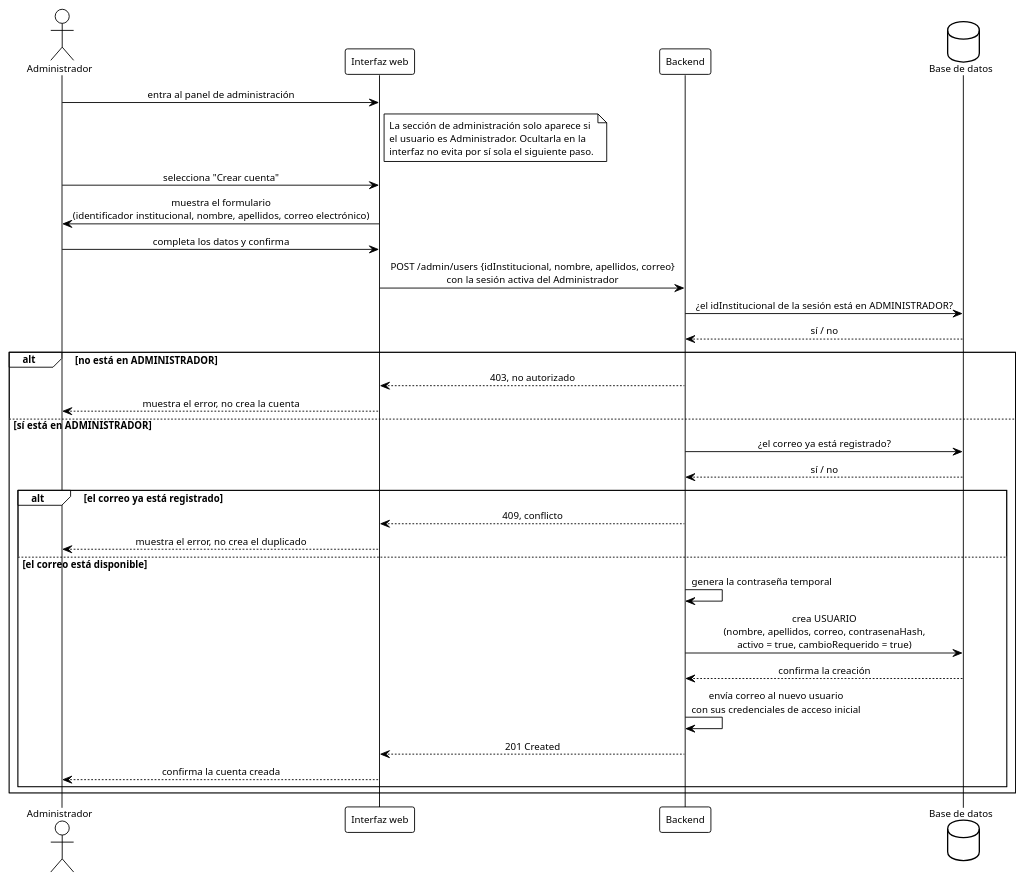
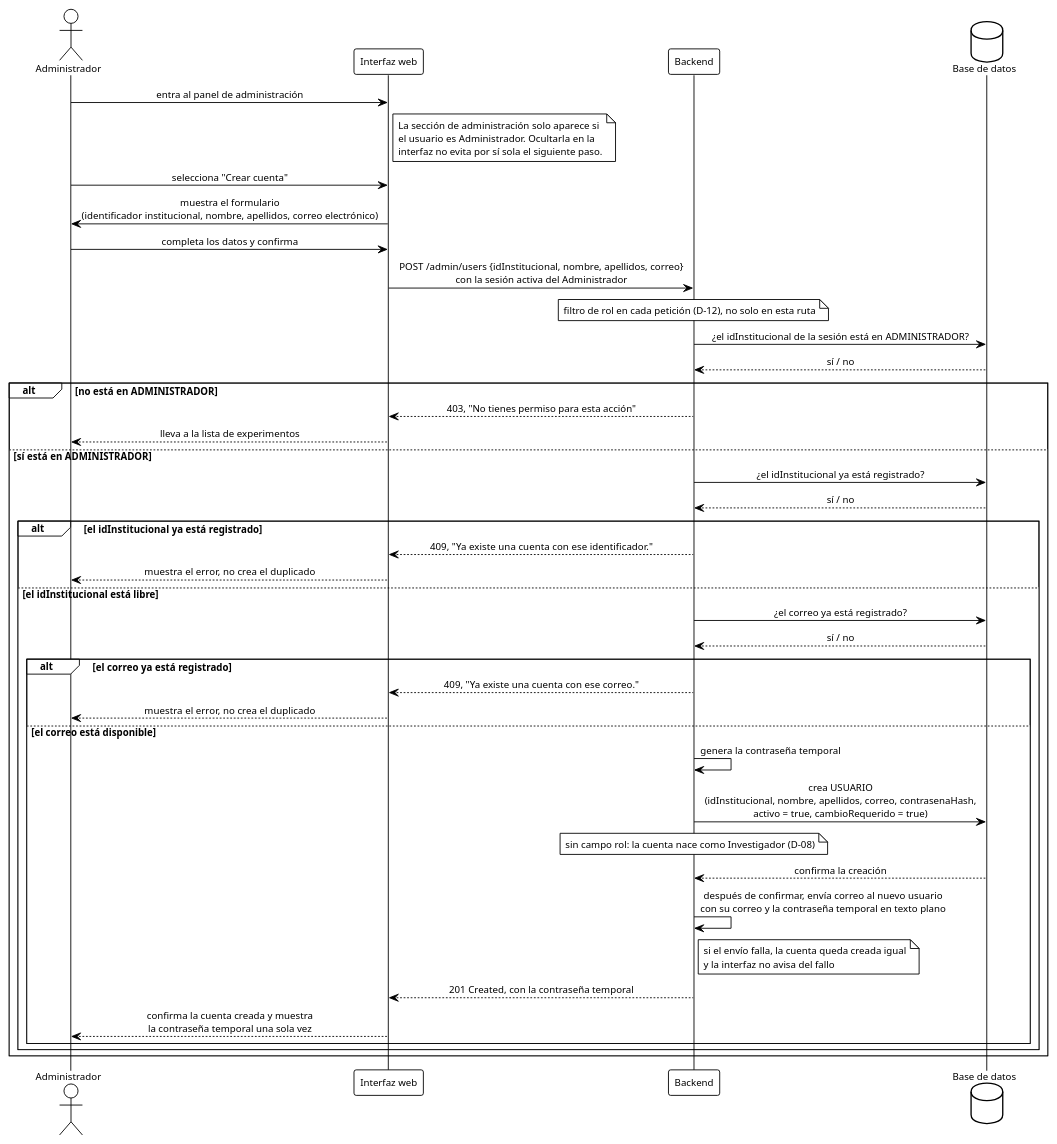
Diagram 26 of 39 in INSTRUCCIONES-WEB.md (ErickJester/fst-ai-system-latex), drawn with PlantUML before and after one commit. The commit also changed other lines of this file and 89 other files, not shown here.

````diff
--- a/INSTRUCCIONES-WEB.md
+++ b/INSTRUCCIONES-WEB.md
@@ -2449,44 +2467,61 @@
 ```plantuml
 @startuml seq_crear_cuenta
 !theme plain
 skinparam defaultFontName Arial
 skinparam defaultFontSize 11
 skinparam shadowing false
 skinparam sequenceMessageAlign center
 actor Administrador as admin
 participant "Interfaz web" as ui
 participant Backend as api
 database "Base de datos" as db
 
 admin -> ui: entra al panel de administración
 note right of ui
   La sección de administración solo aparece si
   el usuario es Administrador. Ocultarla en la
   interfaz no evita por sí sola el siguiente paso.
 end note
 admin -> ui: selecciona "Crear cuenta"
 ui -> admin: muestra el formulario\n(identificador institucional, nombre, apellidos, correo electrónico)
 admin -> ui: completa los datos y confirma
 ui -> api: POST /admin/users {idInstitucional, nombre, apellidos, correo}\ncon la sesión activa del Administrador
+note over api
+  filtro de rol en cada petición (D-12), no solo en esta ruta
+end note
 api -> db: ¿el idInstitucional de la sesión está en ADMINISTRADOR?
 db --> api: sí / no
 alt no está en ADMINISTRADOR
-  api --> ui: 403, no autorizado
-  ui --> admin: muestra el error, no crea la cuenta
+  api --> ui: 403, "No tienes permiso para esta acción"
+  ui --> admin: lleva a la lista de experimentos
 else sí está en ADMINISTRADOR
-  api -> db: ¿el correo ya está registrado?
+  api -> db: ¿el idInstitucional ya está registrado?
   db --> api: sí / no
-  alt el correo ya está registrado
-    api --> ui: 409, conflicto
+  alt el idInstitucional ya está registrado
+    api --> ui: 409, "Ya existe una cuenta con ese identificador."
     ui --> admin: muestra el error, no crea el duplicado
-  else el correo está disponible
-    api -> api: genera la contraseña temporal
-    api -> db: crea USUARIO\n(nombre, apellidos, correo, contrasenaHash,\nactivo = true, cambioRequerido = true)
-    db --> api: confirma la creación
-    api -> api: envía correo al nuevo usuario\ncon sus credenciales de acceso inicial
-    api --> ui: 201 Created
-    ui --> admin: confirma la cuenta creada
+  else el idInstitucional está libre
+    api -> db: ¿el correo ya está registrado?
+    db --> api: sí / no
+    alt el correo ya está registrado
+      api --> ui: 409, "Ya existe una cuenta con ese correo."
+      ui --> admin: muestra el error, no crea el duplicado
+    else el correo está disponible
+      api -> api: genera la contraseña temporal
+      api -> db: crea USUARIO\n(idInstitucional, nombre, apellidos, correo, contrasenaHash,\nactivo = true, cambioRequerido = true)
+      note over api
+        sin campo rol: la cuenta nace como Investigador (D-08)
+      end note
+      db --> api: confirma la creación
+      api -> api: después de confirmar, envía correo al nuevo usuario\ncon su correo y la contraseña temporal en texto plano
+      note right of api
+        si el envío falla, la cuenta queda creada igual
+        y la interfaz no avisa del fallo
+      end note
+      api --> ui: 201 Created, con la contraseña temporal
+      ui --> admin: confirma la cuenta creada y muestra\nla contraseña temporal una sola vez
+    end
   end
 end
 @enduml
 ```
````
